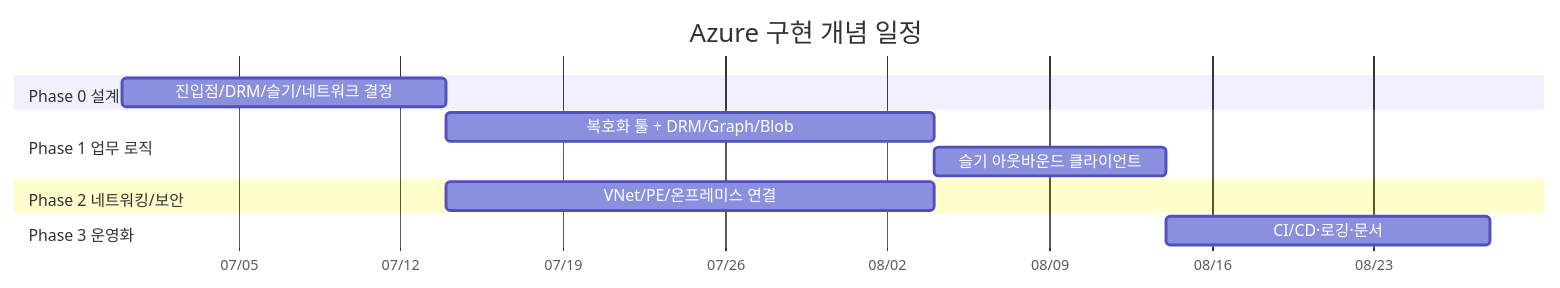
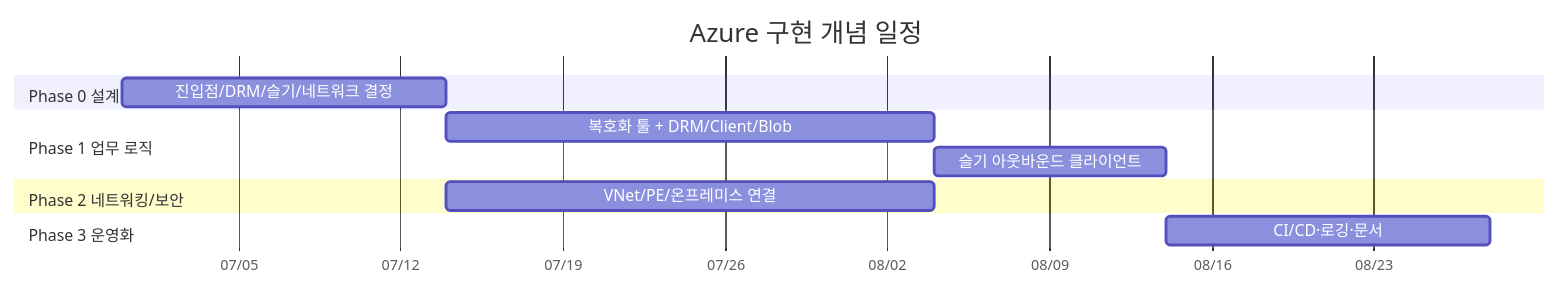
Before and after one commit to MSFT-AI-BUILD-INTERNAL/lgup-m365-mcp: the second of 2 diagrams in docs/azure-implementation-roadmap.md, drawn with Mermaid. The commit also changed other lines of this file and 15 other files, not shown here.

````diff
--- a/docs/azure-implementation-roadmap.md
+++ b/docs/azure-implementation-roadmap.md
@@ -169,15 +169,15 @@
 ```mermaid
 gantt
   dateFormat  YYYY-MM-DD
   axisFormat  %m/%d
   title Azure 구현 개념 일정
   section Phase 0 설계
   진입점/DRM/슬기/네트워크 결정      :p0, 2026-06-30, 14d
   section Phase 1 업무 로직
-  복호화 툴 + DRM/Graph/Blob        :p1, after p0, 21d
+  복호화 툴 + DRM/Client/Blob        :p1, after p0, 21d
   슬기 아웃바운드 클라이언트        :p1b, after p1, 10d
   section Phase 2 네트워킹/보안
   VNet/PE/온프레미스 연결          :p2, after p0, 21d
   section Phase 3 운영화
   CI/CD·로깅·문서                  :p3, after p1b, 14d
 ```
````
